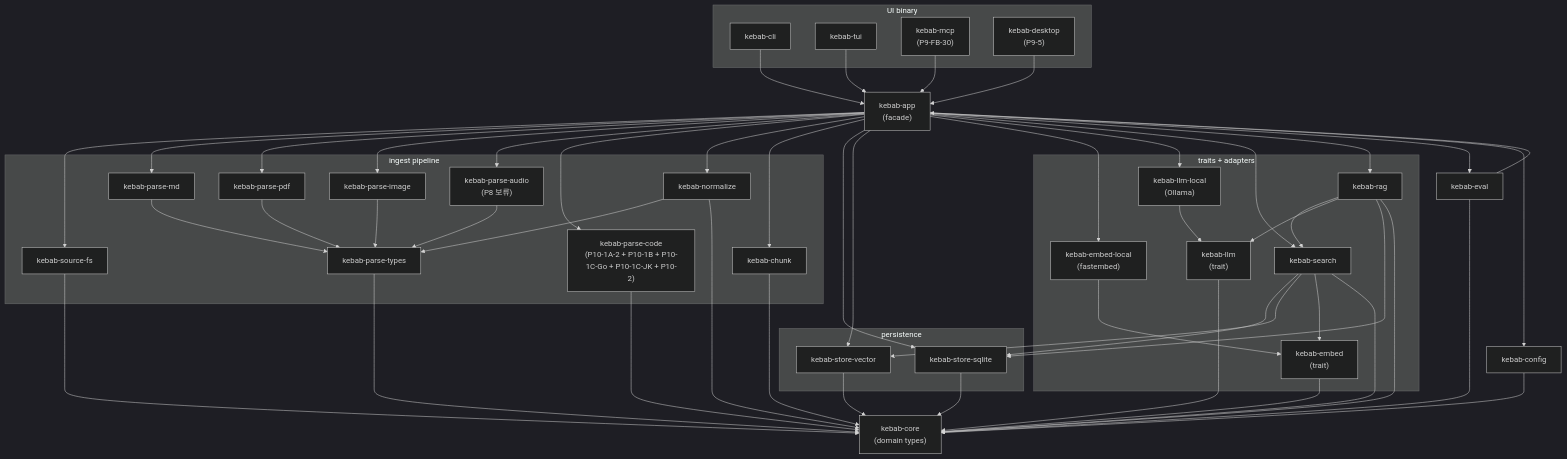
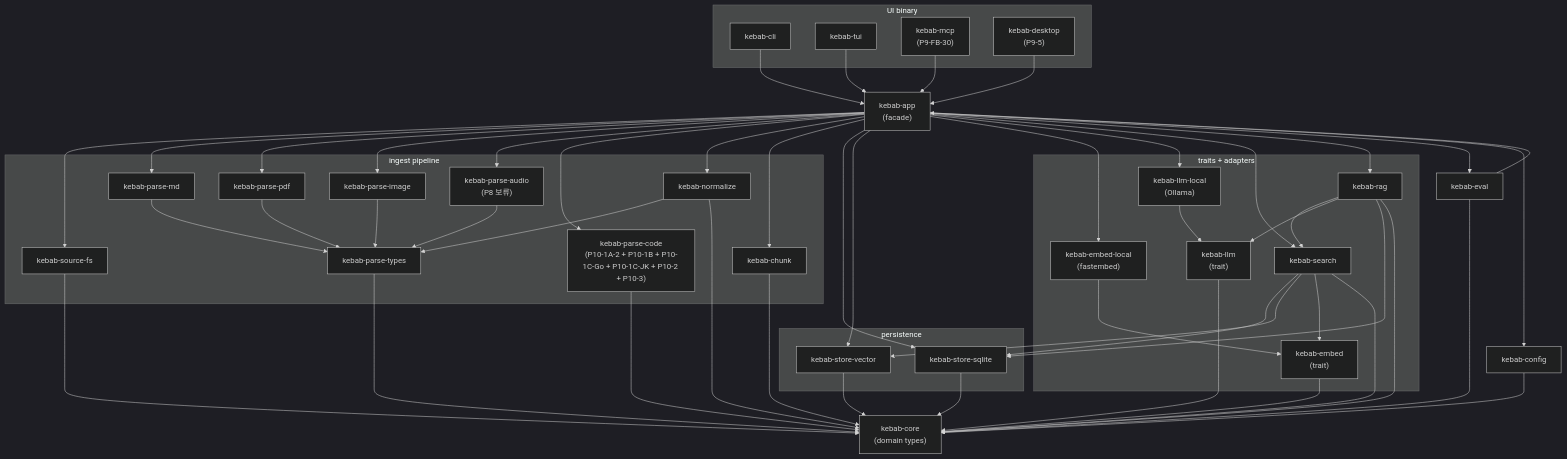
The diagram in docs/ARCHITECTURE.md (altair823/kebab), drawn with Mermaid (dark theme) before and after one commit. The commit also changed other lines of this file and 5 other files, not shown here.

First line of the commit message:
docs(p10-3): README/HANDOFF/ARCHITECTURE/SMOKE/INDEX sync

```diff
--- a/docs/ARCHITECTURE.md
+++ b/docs/ARCHITECTURE.md
@@ -52,7 +52,7 @@
         ppdf["kebab-parse-pdf"]
         pimg["kebab-parse-image"]
         paud["kebab-parse-audio<br/>(P8 보류)"]
-        pcode["kebab-parse-code<br/>(P10-1A-2 + P10-1B + P10-1C-Go + P10-1C-JK + P10-2)"]
+        pcode["kebab-parse-code<br/>(P10-1A-2 + P10-1B + P10-1C-Go + P10-1C-JK + P10-2 + P10-3)"]
         ptypes["kebab-parse-types"]
         norm["kebab-normalize"]
         chunk["kebab-chunk"]
```
